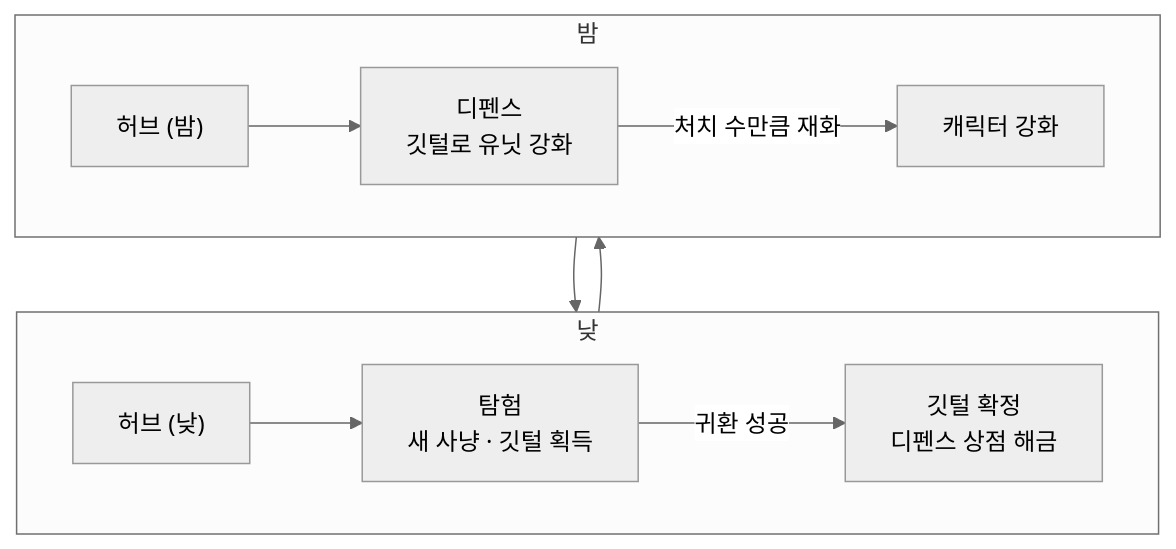
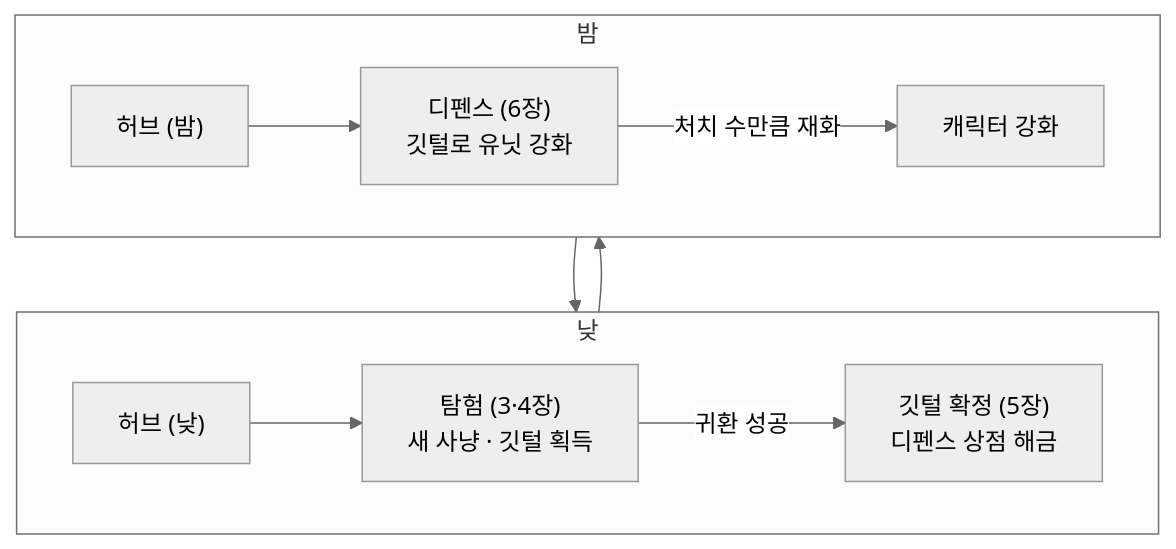
Before and after one commit to SaGiKun4/portfolio-SaGiKun4: the first of 13 diagrams in src/01-TreeHouse/프로젝트문서.md, drawn with Mermaid (neutral theme). The commit also changed other lines of this file and 124 other files, not shown here.

````diff
--- a/src/01-TreeHouse/프로젝트문서.md
+++ b/src/01-TreeHouse/프로젝트문서.md
@@ -33,15 +41,15 @@
 ```mermaid
 flowchart TD
     subgraph DAY["낮"]
         direction LR
-        A["허브 (낮)"] --> B["탐험<br/>새 사냥 · 깃털 획득"]
-        B -->|"귀환 성공"| C["깃털 확정<br/>디펜스 상점 해금"]
+        A["허브 (낮)"] --> B["탐험 (3·4장)<br/>새 사냥 · 깃털 획득"]
+        B -->|"귀환 성공"| C["깃털 확정 (5장)<br/>디펜스 상점 해금"]
     end
     subgraph NIGHT["밤"]
         direction LR
-        D["허브 (밤)"] --> E["디펜스<br/>깃털로 유닛 강화"]
+        D["허브 (밤)"] --> E["디펜스 (6장)<br/>깃털로 유닛 강화"]
         E -->|"처치 수만큼 재화"| F["캐릭터 강화"]
     end
     DAY --> NIGHT
     NIGHT --> DAY
 ```
````
